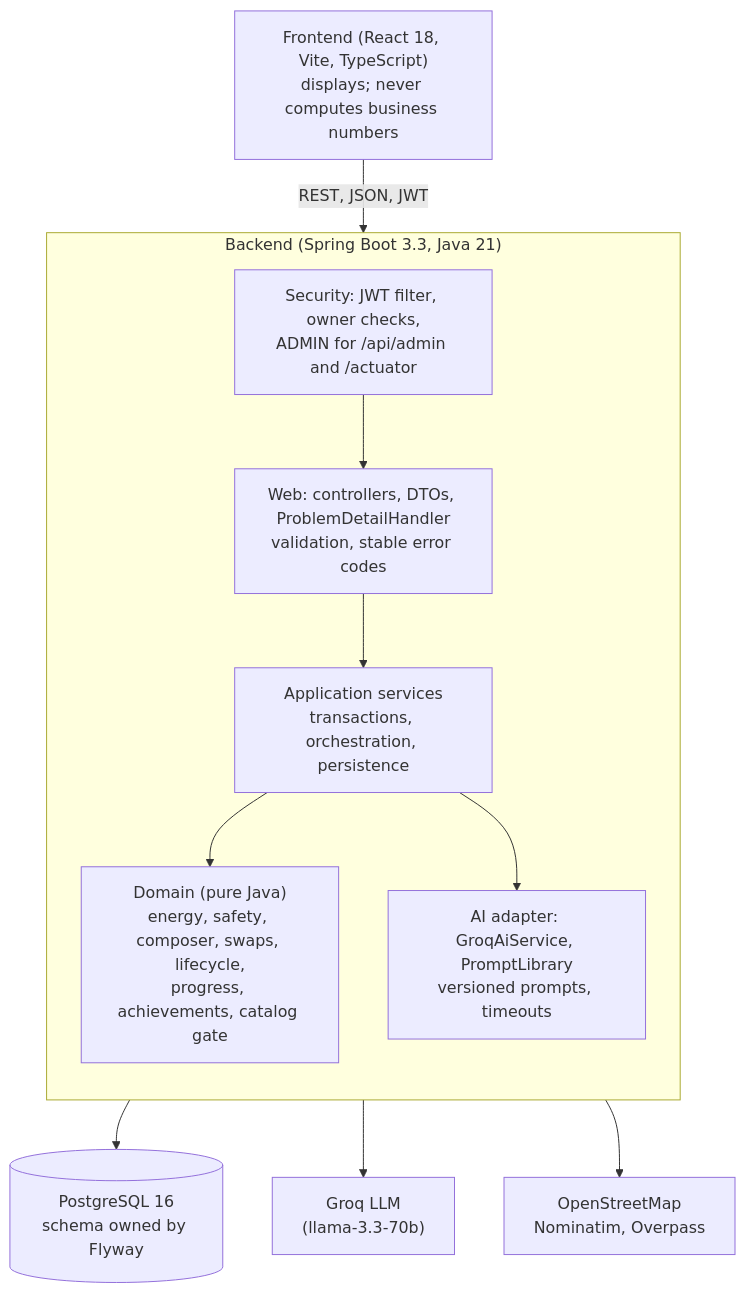
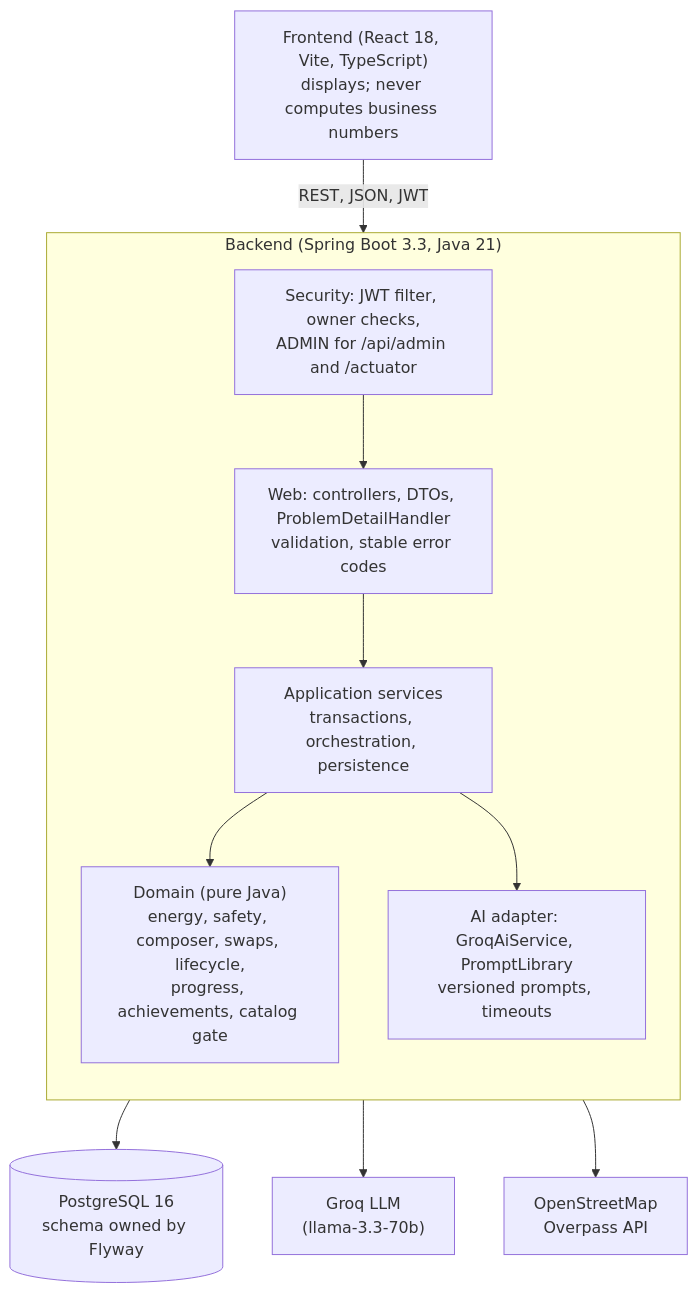
The first of 3 diagrams in docs/uml/class-diagram.md (anassoooo/NutriCook), drawn with Mermaid before and after one commit. The commit also changed 19 other files, not shown here.

First line of the commit message:
fix(location): reliable nearby places from OpenStreetMap

````diff
--- a/docs/uml/class-diagram.md
+++ b/docs/uml/class-diagram.md
@@ -13,21 +13,21 @@
 ```mermaid
 flowchart TB
     FE["Frontend (React 18, Vite, TypeScript)<br/>displays; never computes business numbers"]
     subgraph Backend["Backend (Spring Boot 3.3, Java 21)"]
         direction TB
         WEB["Web: controllers, DTOs, ProblemDetailHandler<br/>validation, stable error codes"]
         SEC["Security: JWT filter, owner checks,<br/>ADMIN for /api/admin and /actuator"]
         APP["Application services<br/>transactions, orchestration, persistence"]
         DOM["Domain (pure Java)<br/>energy, safety, composer, swaps, lifecycle,<br/>progress, achievements, catalog gate"]
         AI["AI adapter: GroqAiService, PromptLibrary<br/>versioned prompts, timeouts"]
     end
     DB[("PostgreSQL 16<br/>schema owned by Flyway")]
     LLM["Groq LLM<br/>(llama-3.3-70b)"]
-    OSM["OpenStreetMap<br/>Nominatim, Overpass"]
+    OSM["OpenStreetMap<br/>Overpass API"]
 
     FE -->|REST, JSON, JWT| SEC --> WEB --> APP
     APP --> DOM
     APP --> DB
     APP --> AI --> LLM
     APP --> OSM
 ```
````
